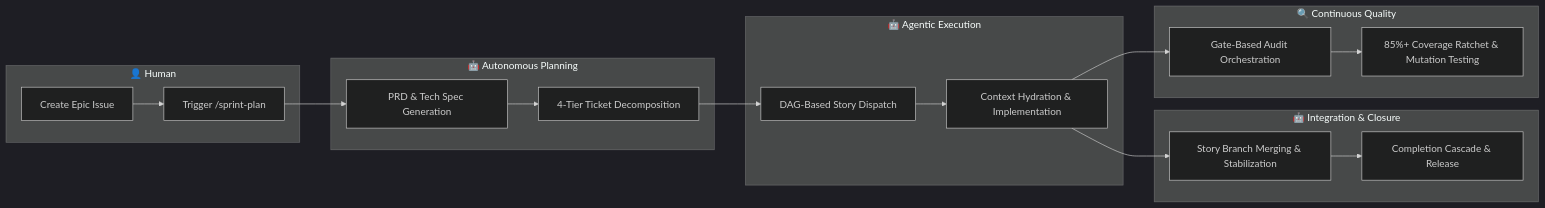
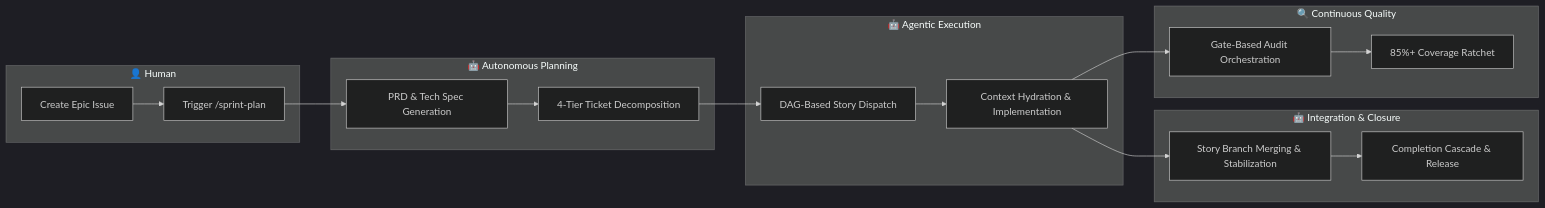
Before and after one commit to dsj1984/agent-protocols: the diagram in README.md, drawn with Mermaid (dark theme). The commit also changed other lines of this file and 14 other files, not shown here.

````diff
--- a/README.md
+++ b/README.md
@@ -10,30 +10,30 @@
 ```mermaid
 graph LR
     subgraph Human ["👤 Human"]
         A["Create Epic Issue"]
         B["Trigger /sprint-plan"]
     end
 
     subgraph Planning ["🤖 Autonomous Planning"]
         C["PRD & Tech Spec Generation"]
         D["4-Tier Ticket Decomposition"]
     end
 
     subgraph Execution ["🤖 Agentic Execution"]
         E["DAG-Based Story Dispatch"]
         F["Context Hydration & Implementation"]
     end
 
     subgraph Closure ["🤖 Integration & Closure"]
         G["Story Branch Merging & Stabilization"]
         H["Completion Cascade & Release"]
     end
 
     subgraph Quality ["🔍 Continuous Quality"]
         I["Gate-Based Audit Orchestration"]
-        J["85%+ Coverage Ratchet & Mutation Testing"]
+        J["85%+ Coverage Ratchet"]
     end
 
     A --> B --> C --> D --> E --> F --> G --> H
     F --> I --> J
 ```
````
